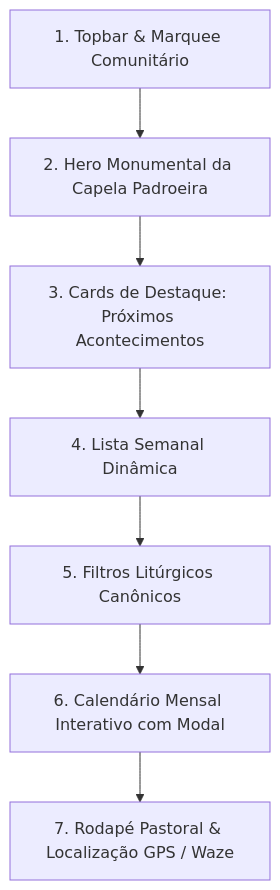
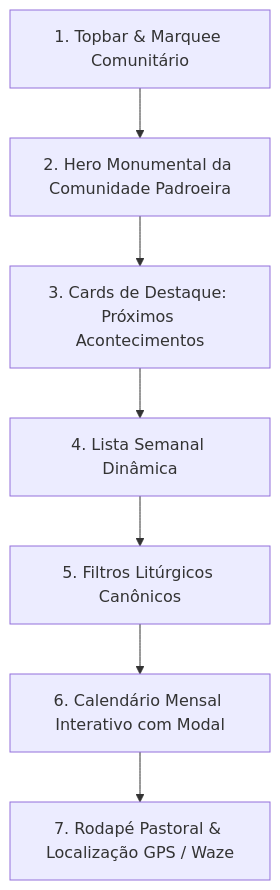
One commit to ecclesiamapp/user changed the diagram in [documentation]/MODELO_CANONICO_LPS_CEBS.md. Above: the diagram before and after it, drawn with Mermaid. The commit also changed other lines of this file and 151 other files, not shown here.

````diff
--- a/[documentation]/MODELO_CANONICO_LPS_CEBS.md
+++ b/[documentation]/MODELO_CANONICO_LPS_CEBS.md
@@ -22,9 +22,9 @@
 ```mermaid
 graph TD
-    A[1. Topbar & Marquee Comunitário] --> B[2. Hero Monumental da Capela Padroeira]
+    A[1. Topbar & Marquee Comunitário] --> B[2. Hero Monumental da Comunidade Padroeira]
     B --> C[3. Cards de Destaque: Próximos Acontecimentos]
     C --> D[4. Lista Semanal Dinâmica]
     D --> E[5. Filtros Litúrgicos Canônicos]
     E --> F[6. Calendário Mensal Interativo com Modal]
     F --> G[7. Rodapé Pastoral & Localização GPS / Waze]
 ```
````
